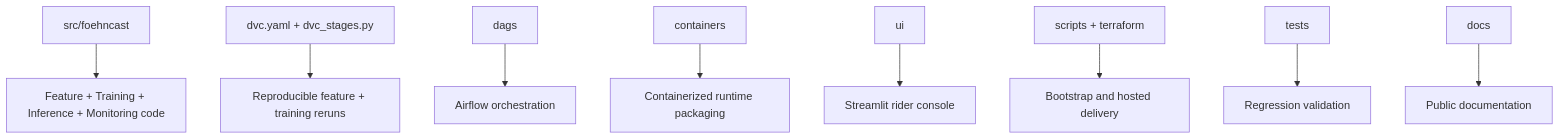
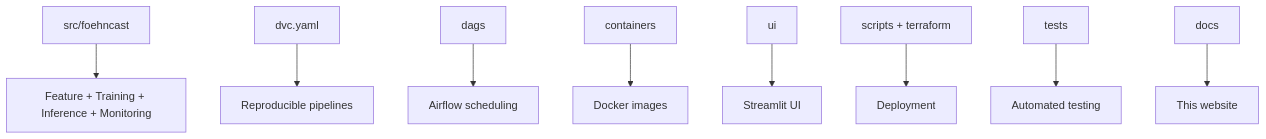
Before and after one commit to javihslu/foehncast: the diagram in docs/site/system/repository.md, drawn with Mermaid. The commit also changed other lines of this file and 6 other files, not shown here.

```diff
--- a/docs/site/system/repository.md
+++ b/docs/site/system/repository.md
@@ -47,11 +41,11 @@
 <div class="mermaid">
 flowchart TD
-  CODE[src/foehncast] --> APP[Feature + Training + Inference + Monitoring code]
-  DVC[dvc.yaml + dvc_stages.py] --> REPRO[Reproducible feature + training reruns]
-  DAGS[dags] --> ORCH[Airflow orchestration]
-  CNT[containers] --> PACK[Containerized runtime packaging]
-  UI[ui] --> RIDER[Streamlit rider console]
-  OPS[scripts + terraform] --> DELIV[Bootstrap and hosted delivery]
-  TESTS[tests] --> VERIFY[Regression validation]
-  DOCS[docs] --> SITE[Public documentation]
+  CODE[src/foehncast] --> APP[Feature + Training + Inference + Monitoring]
+  DVC[dvc.yaml] --> REPRO[Reproducible pipelines]
+  DAGS[dags] --> ORCH[Airflow scheduling]
+  CNT[containers] --> PACK[Docker images]
+  UI[ui] --> RIDER[Streamlit UI]
+  OPS[scripts + terraform] --> DELIV[Deployment]
+  TESTS[tests] --> VERIFY[Automated testing]
+  DOCS[docs] --> SITE[This website]
 </div>
```
